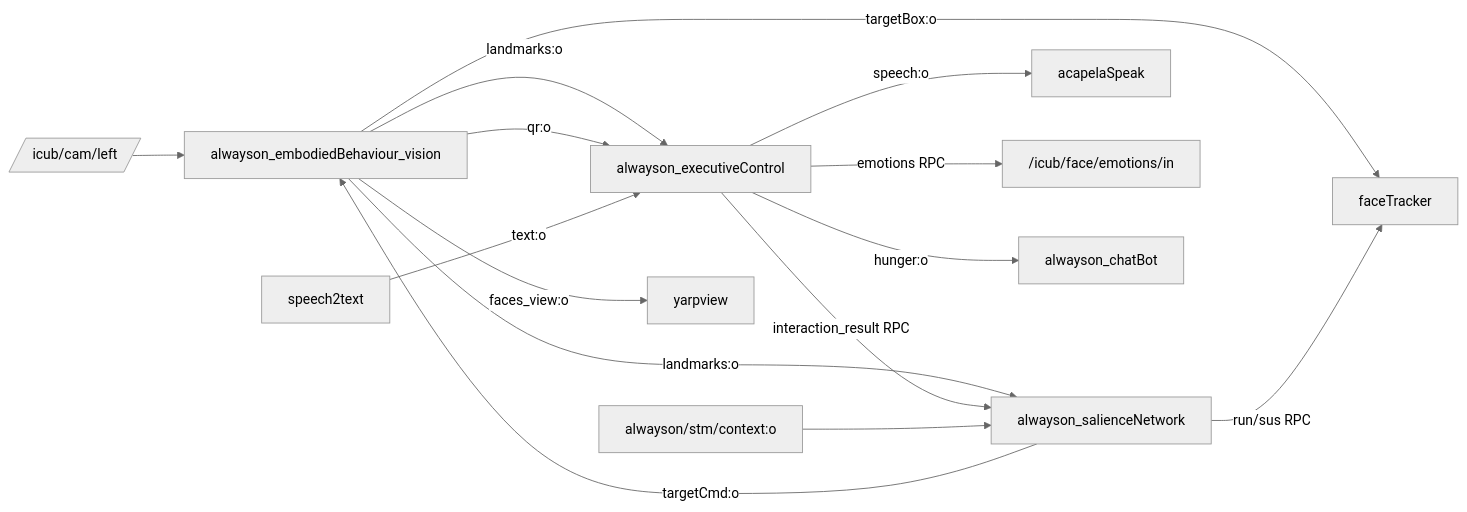
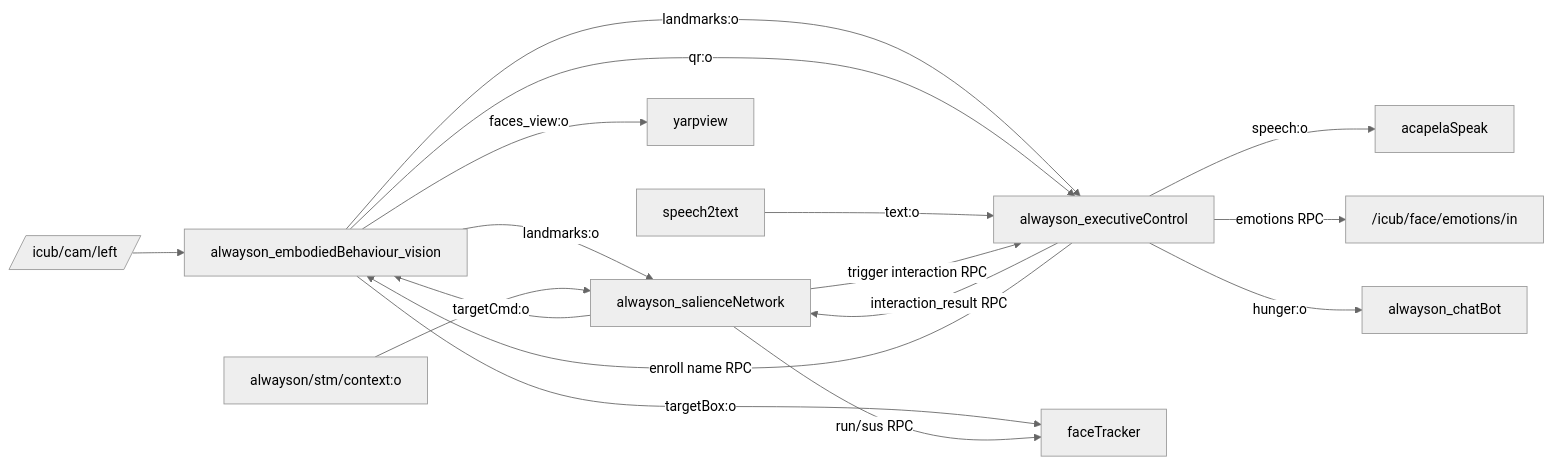
The diagram in README.md (nimaabaeian/social-robot-embodied-behaviour-architecture), drawn with Mermaid (neutral theme) before and after one commit. The commit also changed other lines of this file and 4 other files, not shown here.

````diff
--- a/README.md
+++ b/README.md
@@ -73,17 +73,19 @@
 ```mermaid
 flowchart LR
   cam[/icub/cam/left/] --> V[alwayson_embodiedBehaviour_vision]
   V -->|landmarks:o| S[alwayson_salienceNetwork]
   V -->|landmarks:o| E[alwayson_executiveControl]
   V -->|qr:o| E
   S -->|targetCmd:o| V
   V -->|targetBox:o| FT[faceTracker]
   S -->|run/sus RPC| FT
   STT[speech2text] -->|text:o| E
   E -->|speech:o| TTS[acapelaSpeak]
+  S -->|trigger interaction RPC| E
   E -->|interaction_result RPC| S
+  E -->|enroll name RPC| V
   E -->|emotions RPC| ICUB["/icub/face/emotions/in"]
   STM[alwayson/stm/context:o] --> S
   E -->|hunger:o| C[alwayson_chatBot]
   V -->|faces_view:o| YV[yarpview]
 ```
````
